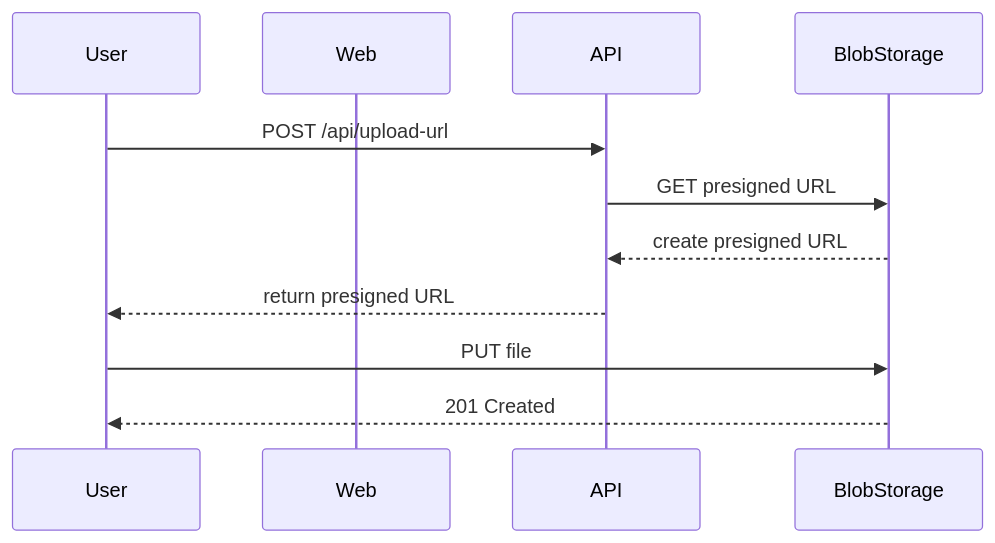
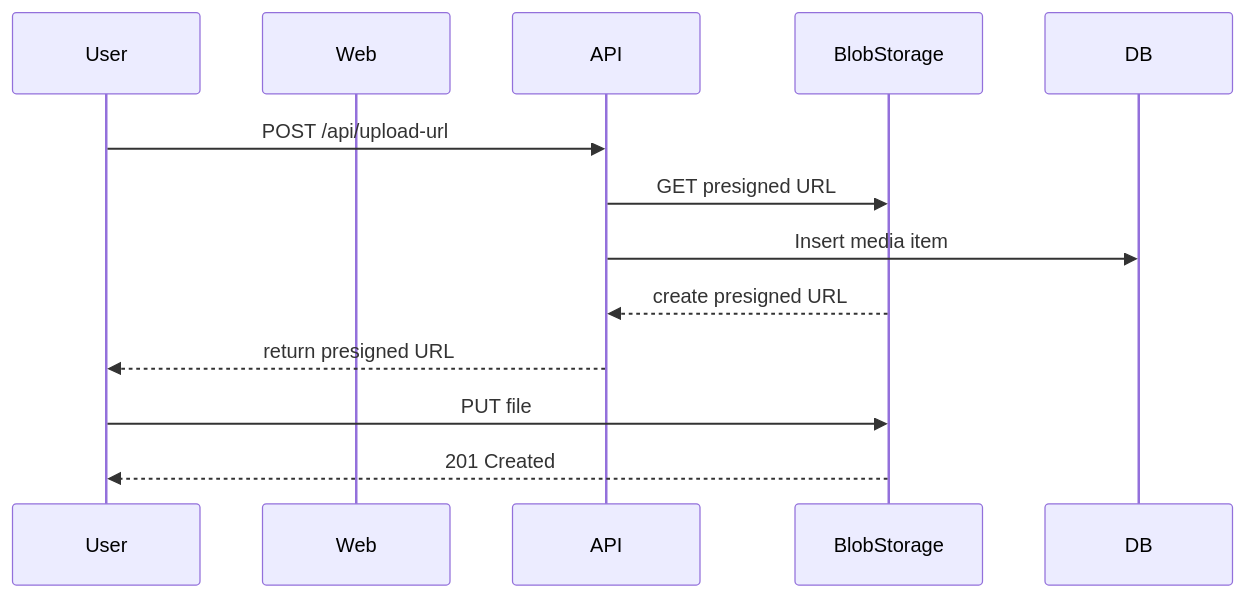
Before and after one commit to theapexlab/infra-hw: the second of 4 diagrams in README.md, drawn with Mermaid.

Commit message:
fix: upload flow

````diff
--- a/README.md
+++ b/README.md
@@ -44,14 +44,16 @@
 ```mermaid
 sequenceDiagram
     participant User
     participant Web
     participant API
     participant BlobStorage
+    participant DB
 
     User->>API: POST /api/upload-url
     API->>BlobStorage: GET presigned URL
+    API->>DB: Insert media item
     BlobStorage-->>API: create presigned URL
     API-->>User: return presigned URL
     User->>BlobStorage: PUT file
     BlobStorage-->>User: 201 Created
 ```
````
